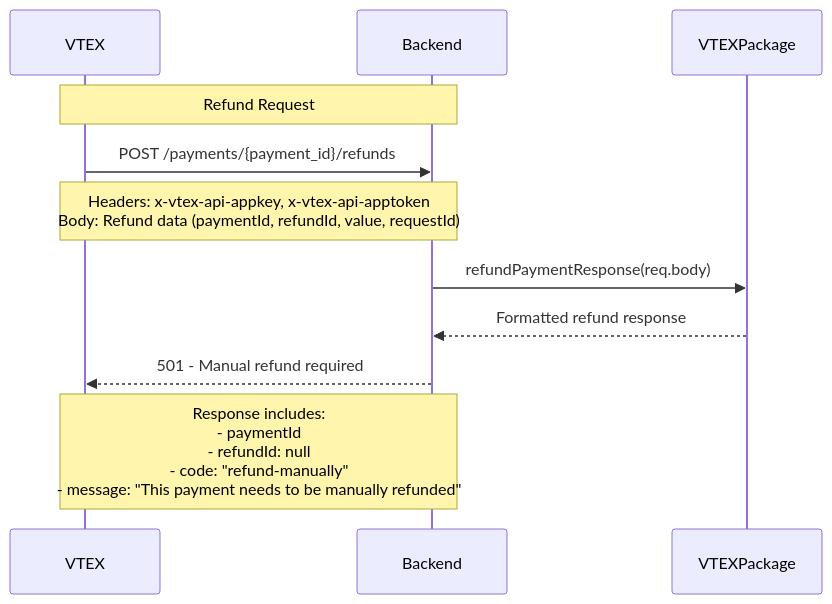
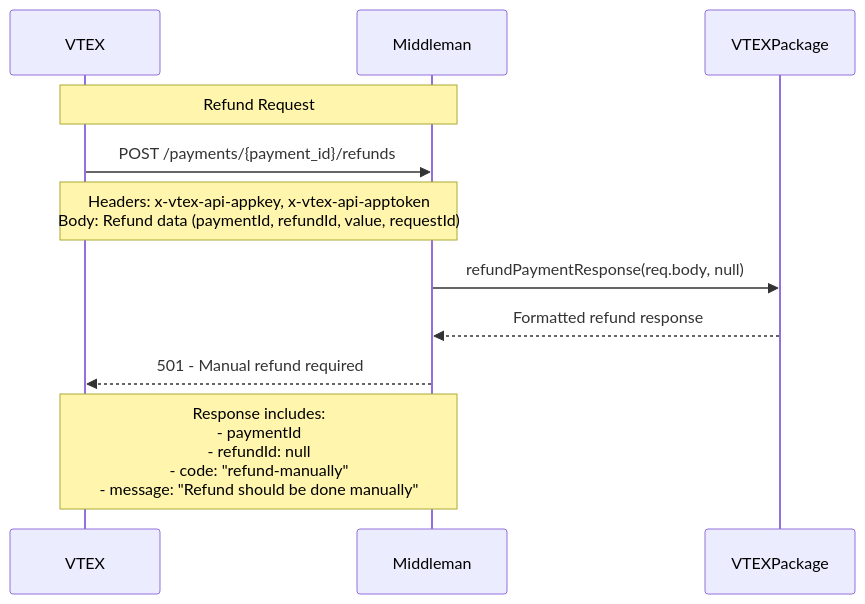
One commit to joa2pac/text-assistant-gpt changed the fourth of 4 diagrams in README.md. Above: the diagram before and after it, drawn with Mermaid. The commit also changed other lines of this file, not shown here.

````diff
--- a/README.md
+++ b/README.md
@@ -282,16 +308,16 @@
 ```mermaid
 sequenceDiagram
   participant VTEX
-  participant Backend
+  participant Middleman
   participant VTEXPackage
 
-  note over VTEX,Backend: Refund Request
-  VTEX->>Backend: POST /payments/{payment_id}/refunds
-  Note over VTEX,Backend: Headers: x-vtex-api-appkey, x-vtex-api-apptoken<br/>Body: Refund data (paymentId, refundId, value, requestId)
+  note over VTEX,Middleman: Refund Request
+  VTEX->>Middleman: POST /payments/{payment_id}/refunds
+  Note over VTEX,Middleman: Headers: x-vtex-api-appkey, x-vtex-api-apptoken<br/>Body: Refund data (paymentId, refundId, value, requestId)
 
-  Backend->>VTEXPackage: refundPaymentResponse(req.body)
-  VTEXPackage-->>Backend: Formatted refund response
+  Middleman->>VTEXPackage: refundPaymentResponse(req.body, null)
+  VTEXPackage-->>Middleman: Formatted refund response
 
-  Backend-->>VTEX: 501 - Manual refund required
-  Note over Backend,VTEX: Response includes:<br/>- paymentId<br/>- refundId: null<br/>- code: "refund-manually"<br/>- message: "This payment needs to be manually refunded"
+  Middleman-->>VTEX: 501 - Manual refund required
+  Note over Middleman,VTEX: Response includes:<br/>- paymentId<br/>- refundId: null<br/>- code: "refund-manually"<br/>- message: "Refund should be done manually"
 ```
````
